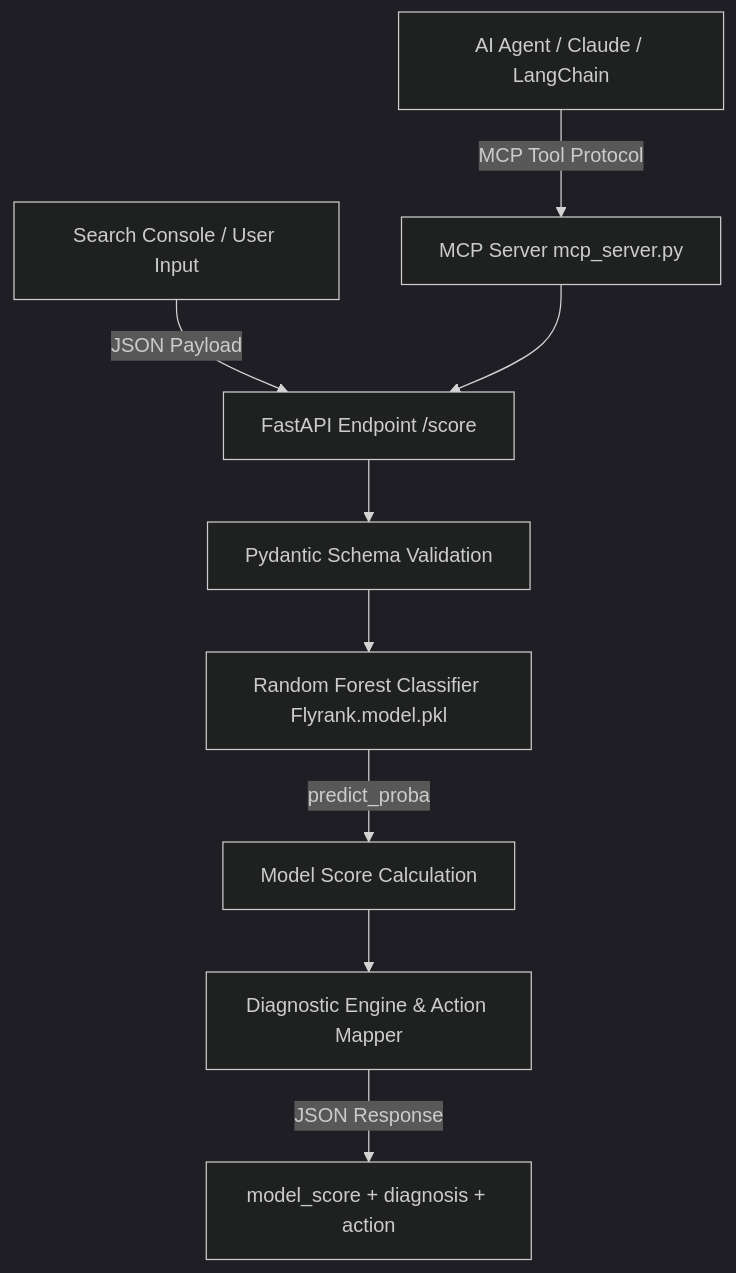
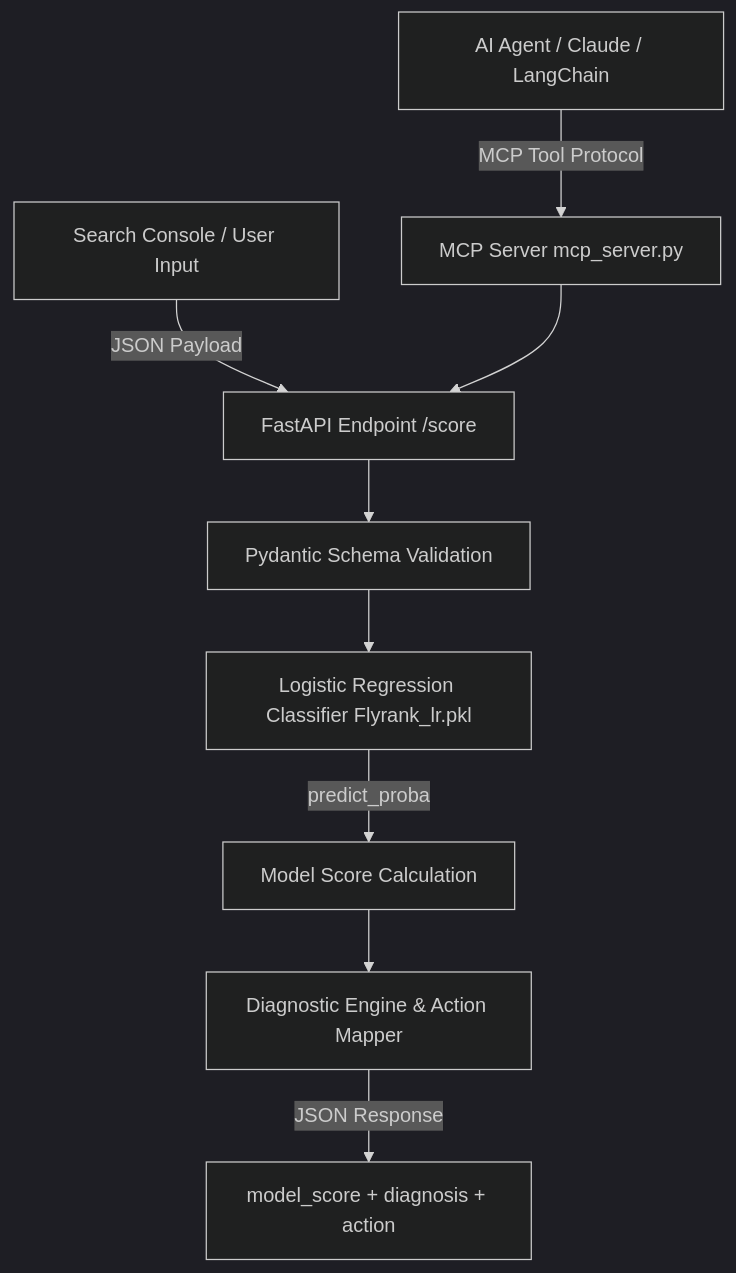
Before and after one commit to simon-okosodo-ds/flyrank-triage-api: the diagram in RECRUITER_GUIDE.md, drawn with Mermaid (dark theme). The commit also changed other lines of this file and 3 other files, not shown here.

Commit message:
Deploy lightweight Logistic Regression model (Flyrank_lr.pkl, 1.2 KB) for zero-OOM Render compatibility

````diff
--- a/RECRUITER_GUIDE.md
+++ b/RECRUITER_GUIDE.md
@@ -24,11 +24,11 @@
 ```mermaid
 graph TD
     A[Search Console / User Input] -->|JSON Payload| B[FastAPI Endpoint /score]
     C[AI Agent / Claude / LangChain] -->|MCP Tool Protocol| D[MCP Server mcp_server.py]
     D --> B
     B --> E[Pydantic Schema Validation]
-    E --> F[Random Forest Classifier Flyrank.model.pkl]
+    E --> F[Logistic Regression Classifier Flyrank_lr.pkl]
     F -->|predict_proba| G[Model Score Calculation]
     G --> H[Diagnostic Engine & Action Mapper]
     H -->|JSON Response| I[model_score + diagnosis + action]
 ```
````
